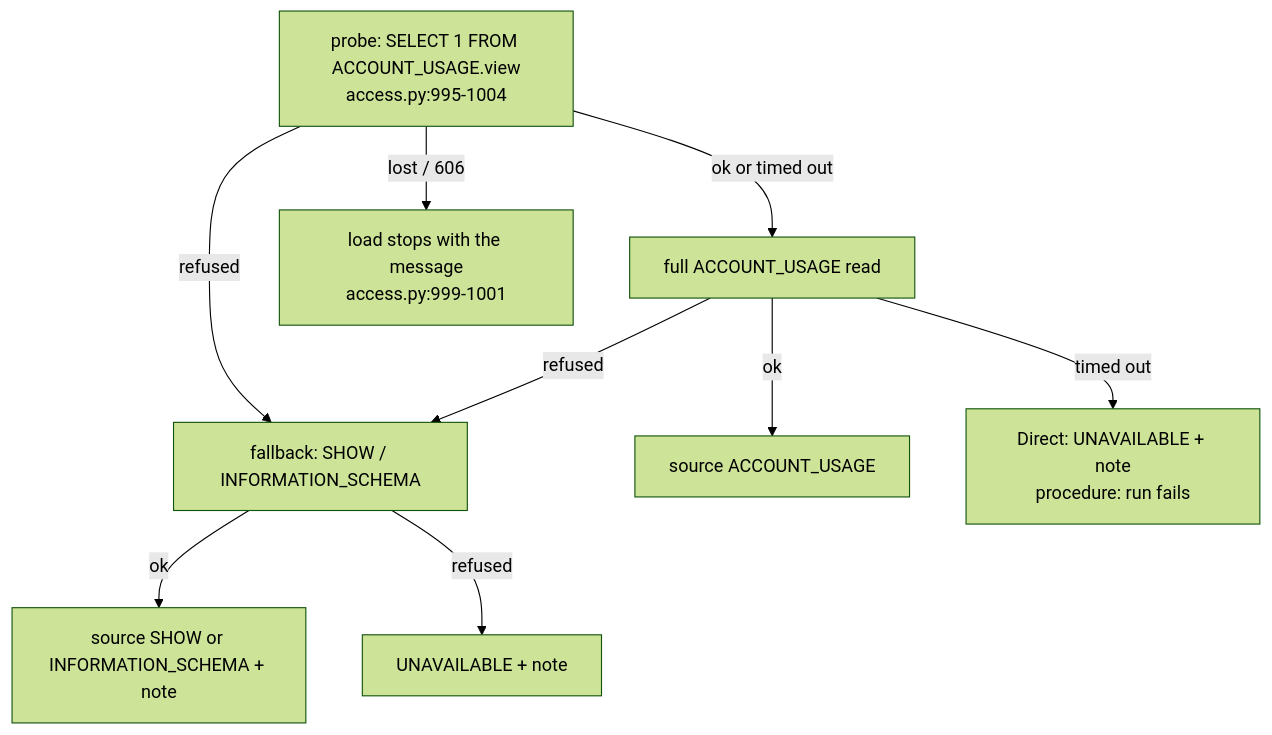
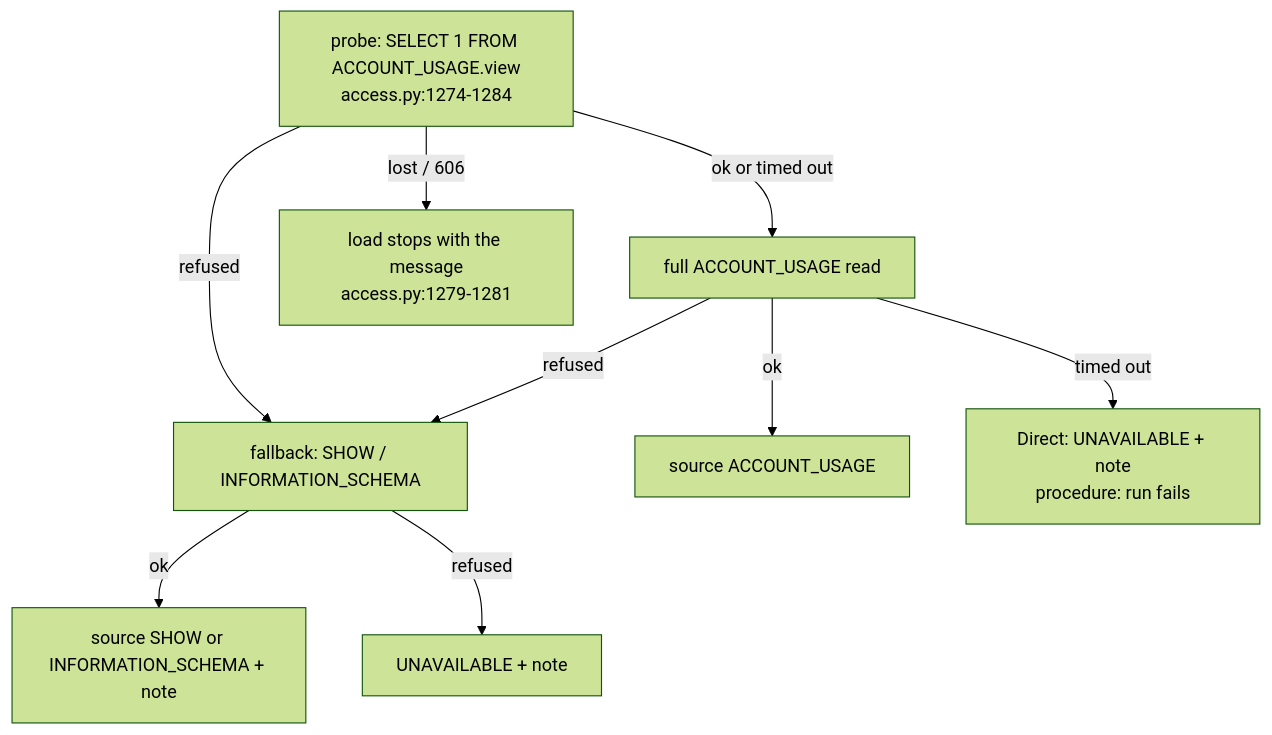
One commit to darshanmeel/snowflake-access-explorer changed the first of 2 diagrams in snowflake-access-explorer-knowledge-graph/logic/reads.md. Above: the diagram before and after it, drawn with Mermaid (forest theme). The commit also changed other lines of this file and 97 other files, not shown here.

First line of the commit message:
Knowledge graph: updated for 80 commits (read levels, object inventory, object activity, graph focus, risks, Home)

````diff
--- a/snowflake-access-explorer-knowledge-graph/logic/reads.md
+++ b/snowflake-access-explorer-knowledge-graph/logic/reads.md
@@ -6,11 +6,11 @@
 ```mermaid
 flowchart TD
-  P["probe: SELECT 1 FROM ACCOUNT_USAGE.view<br/>access.py:995-1004"] -->|ok or timed out| AU["full ACCOUNT_USAGE read"]
+  P["probe: SELECT 1 FROM ACCOUNT_USAGE.view<br/>access.py:1274-1284"] -->|ok or timed out| AU["full ACCOUNT_USAGE read"]
   P -->|refused| FB["fallback: SHOW / INFORMATION_SCHEMA"]
-  P -->|lost / 606| STOP["load stops with the message<br/>access.py:999-1001"]
+  P -->|lost / 606| STOP["load stops with the message<br/>access.py:1279-1281"]
   AU -->|ok| OK[source ACCOUNT_USAGE]
   AU -->|refused| FB
   AU -->|timed out| TO["Direct: UNAVAILABLE + note<br/>procedure: run fails"]
   FB -->|ok| F2[source SHOW or INFORMATION_SCHEMA + note]
   FB -->|refused| UN[UNAVAILABLE + note]
 ```
````
